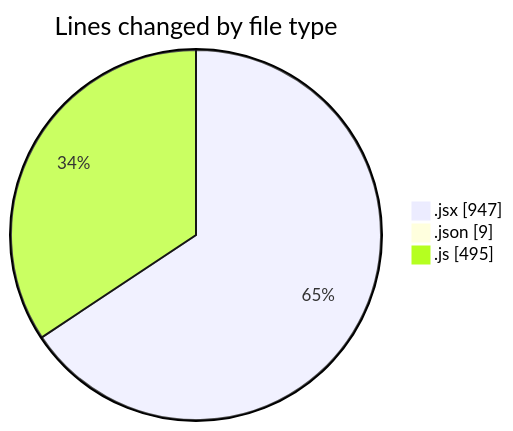
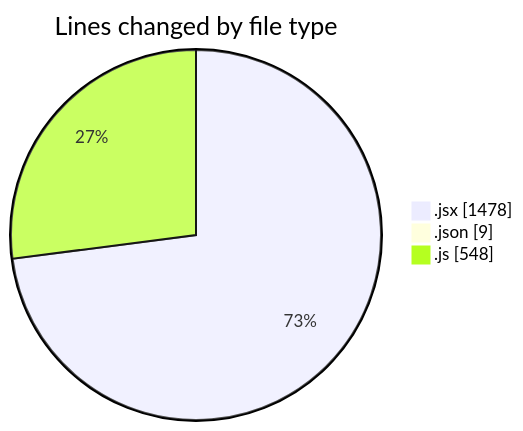
Before and after one commit to nxtqubesakshisongat/code-tracking: the first of 2 diagrams in 2025-07-31/nxtqube_webapp/README.md, drawn with Mermaid. The commit also changed other lines of this file and 1 other file, not shown here.

````diff
--- a/2025-07-31/nxtqube_webapp/README.md
+++ b/2025-07-31/nxtqube_webapp/README.md
@@ -27,7 +29,7 @@
 ```mermaid
 pie showData
 title Lines changed by file type
-".jsx" : 947
+".jsx" : 1478
 ".json" : 9
-".js" : 495
+".js" : 548
 ```
````
